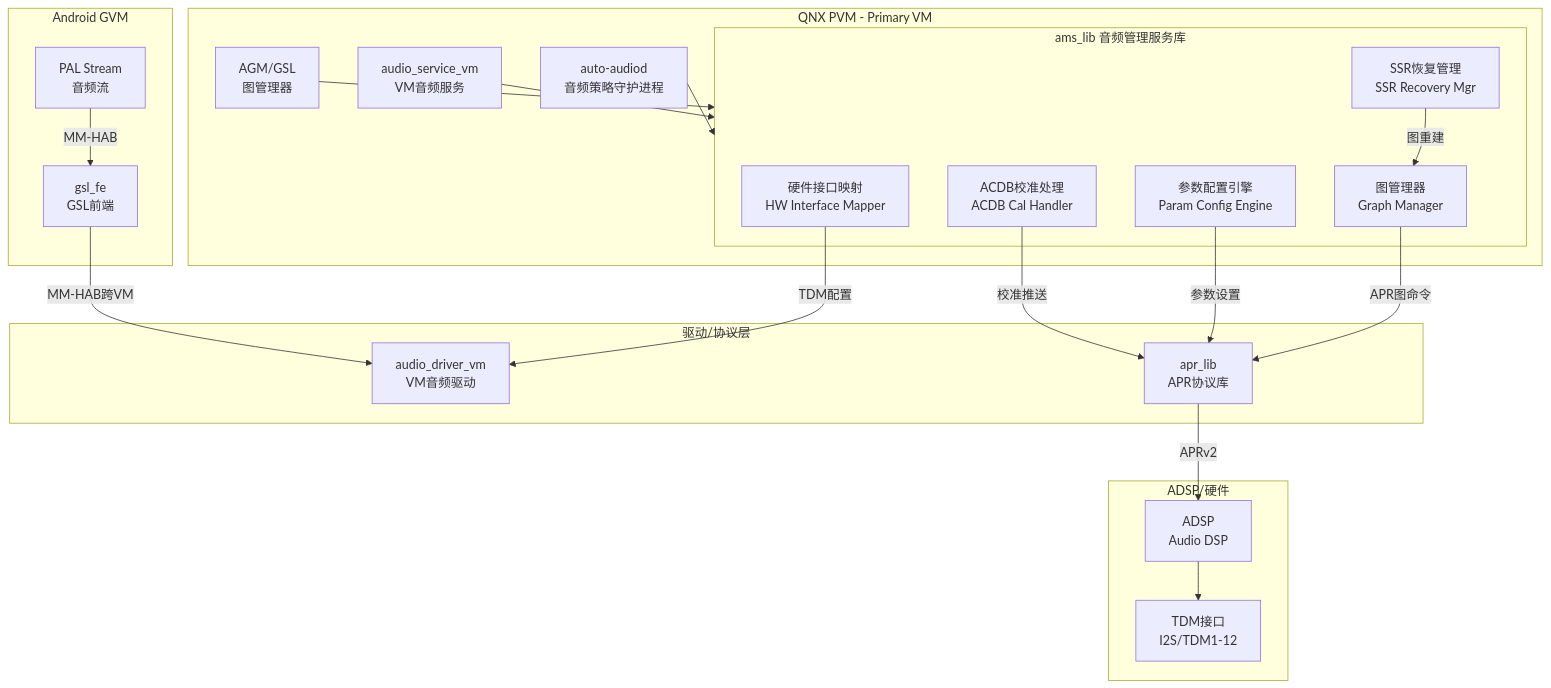
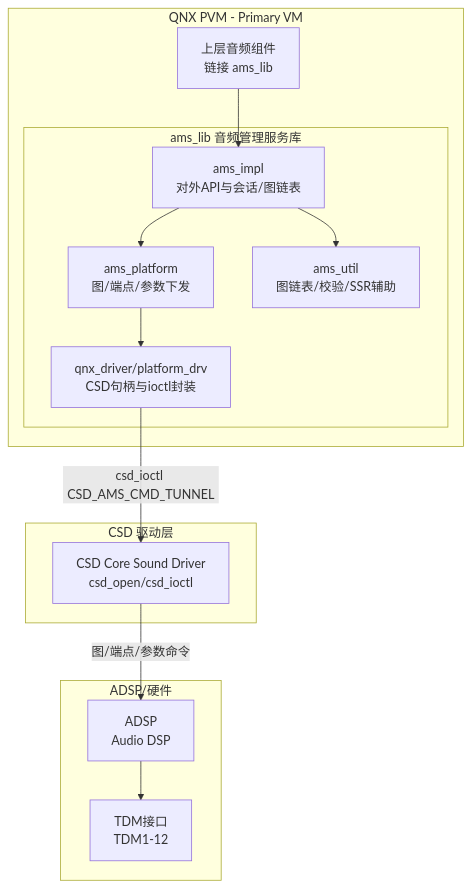
One commit to yanglinzhen1022/SA8295_AAOS_QNX_Audio_KnowledgeBase changed the first of 10 diagrams in 16_Vendor_QNX_Architecture/16_16.18_QNX_ams_lib_音频管理服务库.md. Above: the diagram before and after it, drawn with Mermaid. The commit also changed other lines of this file and 48 other files, not shown here.

````diff
--- a/16_Vendor_QNX_Architecture/16_16.18_QNX_ams_lib_音频管理服务库.md
+++ b/16_Vendor_QNX_Architecture/16_16.18_QNX_ams_lib_音频管理服务库.md
@@ -42,44 +42,30 @@
 ```mermaid
 graph TB
     subgraph QNX_PVM[QNX PVM - Primary VM]
-        auto_audiod[auto-audiod<br/>音频策略守护进程]
-        audio_service_vm[audio_service_vm<br/>VM音频服务]
-        agm[AGM/GSL<br/>图管理器]
+        upper[上层音频组件<br/>链接 ams_lib]
 
         subgraph ams_lib[ams_lib 音频管理服务库]
-            graph_mgr[图管理器<br/>Graph Manager]
-            hw_mapper[硬件接口映射<br/>HW Interface Mapper]
-            param_config[参数配置引擎<br/>Param Config Engine]
-            acdb_handler[ACDB校准处理<br/>ACDB Cal Handler]
-            ssr_mgr[SSR恢复管理<br/>SSR Recovery Mgr]
+            ams_impl[ams_impl<br/>对外API与会话/图链表]
+            ams_platform[ams_platform<br/>图/端点/参数下发]
+            ams_util[ams_util<br/>图链表/校验/SSR辅助]
+            platform_drv[qnx_driver/platform_drv<br/>CSD句柄与ioctl封装]
         end
     end
 
-    subgraph Driver_Protocol[驱动/协议层]
-        audio_driver_vm[audio_driver_vm<br/>VM音频驱动]
-        apr_lib[apr_lib<br/>APR协议库]
-    end
-
-    subgraph Android_GVM[Android GVM]
-        gsl_fe[gsl_fe<br/>GSL前端]
-        pal_stream[PAL Stream<br/>音频流]
+    subgraph CSD_Layer[CSD 驱动层]
+        csd[CSD Core Sound Driver<br/>csd_open/csd_ioctl]
     end
 
     subgraph ADSP_Hardware[ADSP/硬件]
         ADSP[ADSP<br/>Audio DSP]
-        TDM[TDM接口<br/>I2S/TDM1-12]
+        TDM[TDM接口<br/>TDM1-12]
     end
 
-    auto_audiod --> ams_lib
-    audio_service_vm --> ams_lib
-    agm --> ams_lib
-    graph_mgr -->|APR图命令| apr_lib
-    hw_mapper -->|TDM配置| audio_driver_vm
-    param_config -->|参数设置| apr_lib
-    acdb_handler -->|校准推送| apr_lib
-    ssr_mgr -->|图重建| graph_mgr
-    gsl_fe -->|MM-HAB跨VM| audio_driver_vm
-    pal_stream -->|MM-HAB| gsl_fe
-    apr_lib -->|APRv2| ADSP
+    upper --> ams_impl
+    ams_impl --> ams_util
+    ams_impl --> ams_platform
+    ams_platform --> platform_drv
+    platform_drv -->|csd_ioctl CSD_AMS_CMD_TUNNEL| csd
+    csd -->|图/端点/参数命令| ADSP
     ADSP --> TDM
 ```
````
